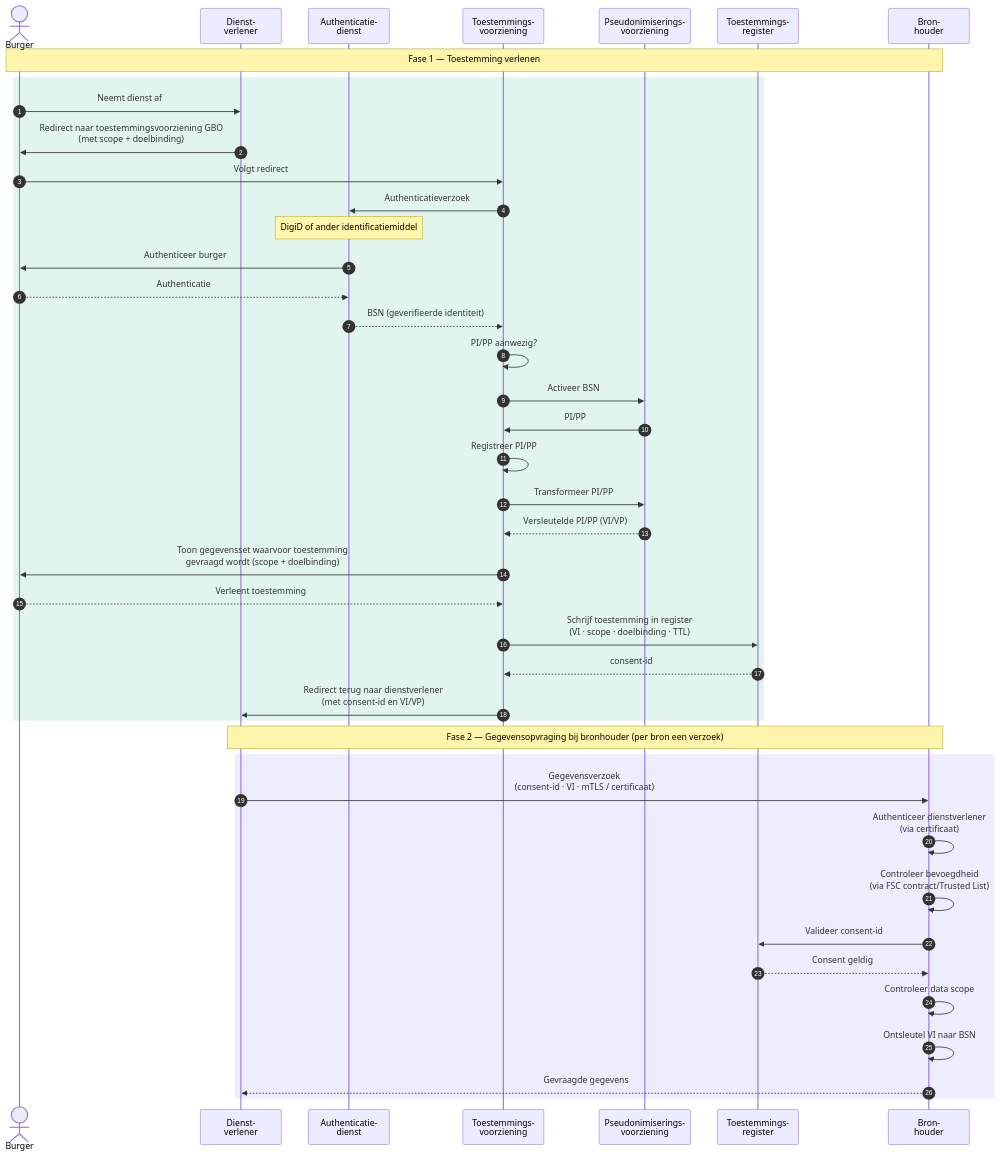
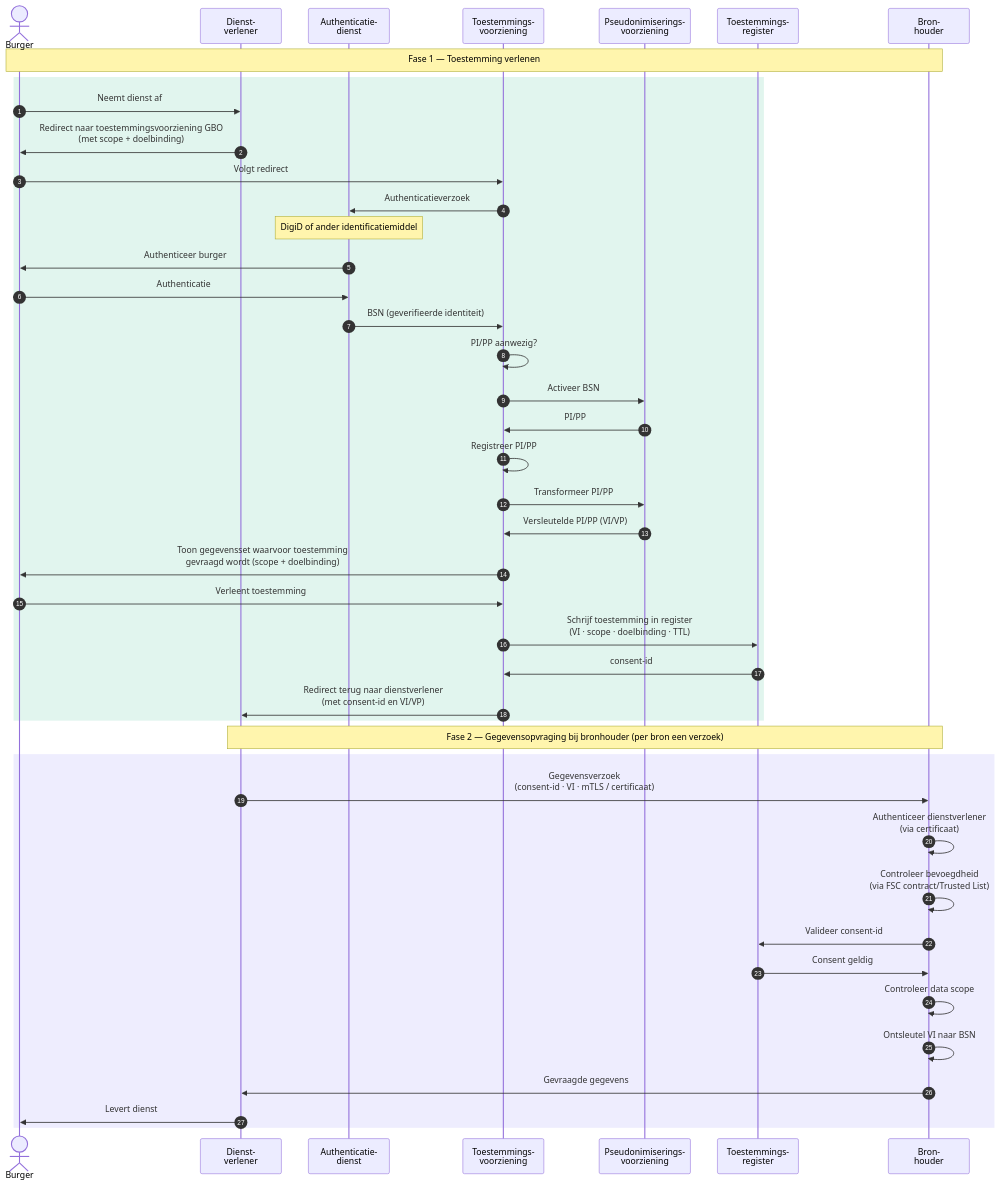
The diagram in main/diagrammen/interactiepatroon-PP-haalt-gegevens-op.mmd (ICTU/GBO-GO), drawn with Mermaid before and after one commit. The commit also changed 7 other files, not shown here.

```diff
--- a/main/diagrammen/interactiepatroon-PP-haalt-gegevens-op.mmd
+++ b/main/diagrammen/interactiepatroon-PP-haalt-gegevens-op.mmd
@@ -1,46 +1,47 @@
 sequenceDiagram
     autonumber
     actor Burger
     participant DV as Dienst-<br/>verlener
     participant Auth as Authenticatie-<br/>dienst
     participant TV as Toestemmings-<br/>voorziening
     participant PP as Pseudonimiserings-<br/>voorziening
     participant TR as Toestemmings-<br/>register
     participant BRH as Bron-<br/>houder
 
     Note over Burger,BRH: Fase 1 — Toestemming verlenen
 
     rect rgb(225, 245, 238)
         Burger->>DV: Neemt dienst af
         DV->>Burger: Redirect naar toestemmingsvoorziening GBO<br/>(met scope + doelbinding)
         Burger->>TV: Volgt redirect
         TV->>Auth: Authenticatieverzoek
         Note over Auth: DigiD of ander identificatiemiddel
         Auth->>Burger: Authenticeer burger
-        Burger-->>Auth: Authenticatie
-        Auth-->>TV: BSN (geverifieerde identiteit)
+        Burger->>Auth: Authenticatie
+        Auth->>TV: BSN (geverifieerde identiteit)
         TV->>TV: PI/PP aanwezig?
         TV->>PP: Activeer BSN
         PP->>TV: PI/PP
         TV->>TV: Registreer PI/PP
         TV->>PP: Transformeer PI/PP
-        PP-->>TV: Versleutelde PI/PP (VI/VP)
+        PP->>TV: Versleutelde PI/PP (VI/VP)
         TV->>Burger: Toon gegevensset waarvoor toestemming<br/>gevraagd wordt (scope + doelbinding)
-        Burger-->>TV: Verleent toestemming
+        Burger->>TV: Verleent toestemming
         TV->>TR: Schrijf toestemming in register<br/>(VI · scope · doelbinding · TTL)
-        TR-->>TV: consent-id
+        TR->>TV: consent-id
         TV->>DV: Redirect terug naar dienstverlener<br/>(met consent-id en VI/VP)
     end
 
     Note over DV,BRH: Fase 2 — Gegevensopvraging bij bronhouder (per bron een verzoek)
 
     rect rgb(238, 237, 254)
         DV->>BRH: Gegevensverzoek<br/>(consent-id · VI · mTLS / certificaat)
         BRH->>BRH: Authenticeer dienstverlener<br />(via certificaat)
         BRH->>BRH: Controleer bevoegdheid<br />(via FSC contract/Trusted List)
         BRH->>TR: Valideer consent-id
-        TR-->>BRH: Consent geldig
+        TR->>BRH: Consent geldig
         BRH->>BRH: Controleer data scope
         BRH->>BRH: Ontsleutel VI naar BSN
-        BRH-->>DV: Gevraagde gegevens
+        BRH->>DV: Gevraagde gegevens
+        DV->>Burger: Levert dienst
     end
```
